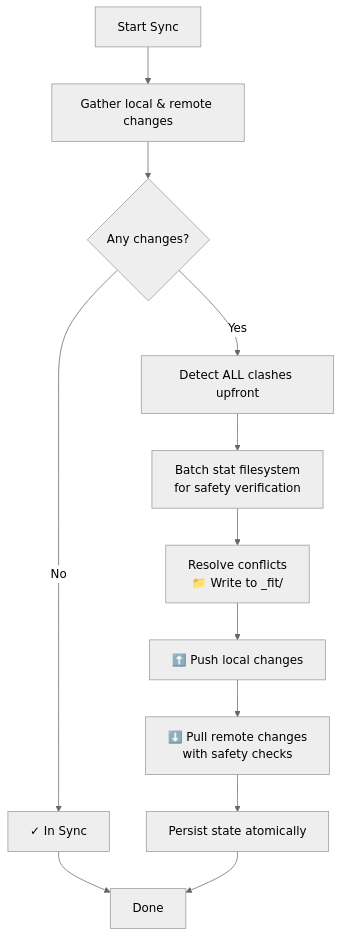
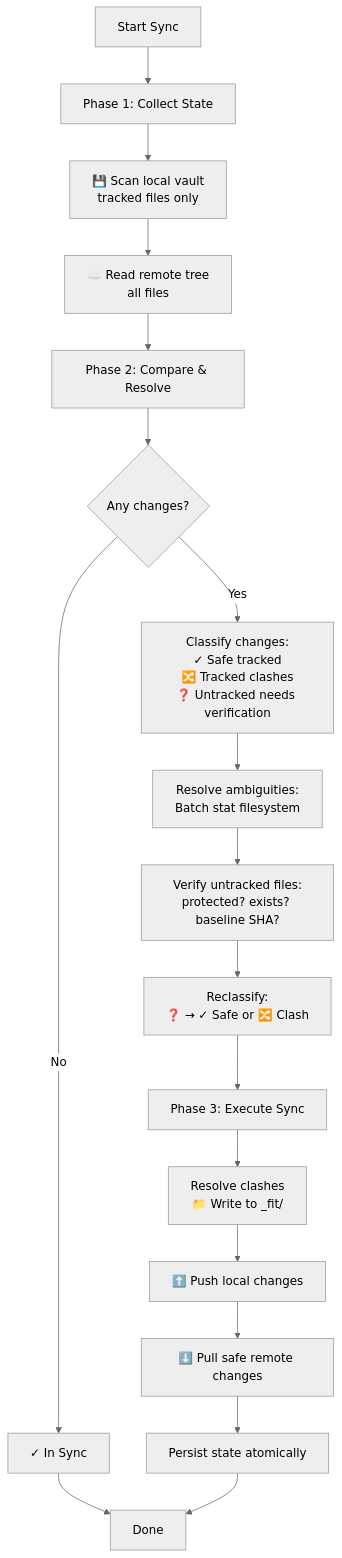
The fourth of 6 diagrams in docs/sync-logic.md (joshuakto/fit), drawn with Mermaid (neutral theme) before and after one commit. The commit also changed other lines of this file and 2 other files, not shown here.

First line of the commit message:
refactor(#169): consolidate untracked path safety checks (#172)

````diff
--- a/docs/sync-logic.md
+++ b/docs/sync-logic.md
@@ -372,18 +372,25 @@
 ```mermaid
 flowchart TD
-    Start[Start Sync] --> Gather[Gather local & remote changes]
-    Gather --> EarlyExit{Any changes?}
+    Start[Start Sync] --> Phase1[Phase 1: Collect State]
+    Phase1 --> Gather1[💾 Scan local vault<br/>tracked files only]
+    Gather1 --> Gather2[☁️ Read remote tree<br/>all files]
+
+    Gather2 --> Phase2[Phase 2: Compare & Resolve]
+    Phase2 --> EarlyExit{Any changes?}
 
     EarlyExit -->|No| InSync[✓ In Sync]
-    EarlyExit -->|Yes| DetectClashes[Detect ALL clashes upfront]
+    EarlyExit -->|Yes| Classify[Classify changes:<br/>✓ Safe tracked<br/>🔀 Tracked clashes<br/>❓ Untracked needs verification]
 
-    DetectClashes --> BatchStat[Batch stat filesystem<br/>for safety verification]
-    BatchStat --> ResolveConflicts[Resolve conflicts<br/>📁 Write to _fit/]
+    Classify --> Resolve[Resolve ambiguities:<br/>Batch stat filesystem]
+    Resolve --> Verify[Verify untracked files:<br/>protected? exists? baseline SHA?]
+    Verify --> Reclassify[Reclassify:<br/>❓ → ✓ Safe or 🔀 Clash]
 
+    Reclassify --> Phase3[Phase 3: Execute Sync]
+    Phase3 --> ResolveConflicts[Resolve clashes<br/>📁 Write to _fit/]
     ResolveConflicts --> Push[⬆️ Push local changes]
-    Push --> Pull[⬇️ Pull remote changes<br/>with safety checks]
+    Push --> Pull[⬇️ Pull safe remote changes]
     Pull --> Persist[Persist state atomically]
 
     InSync --> Done[Done]
     Persist --> Done
 ```
````
